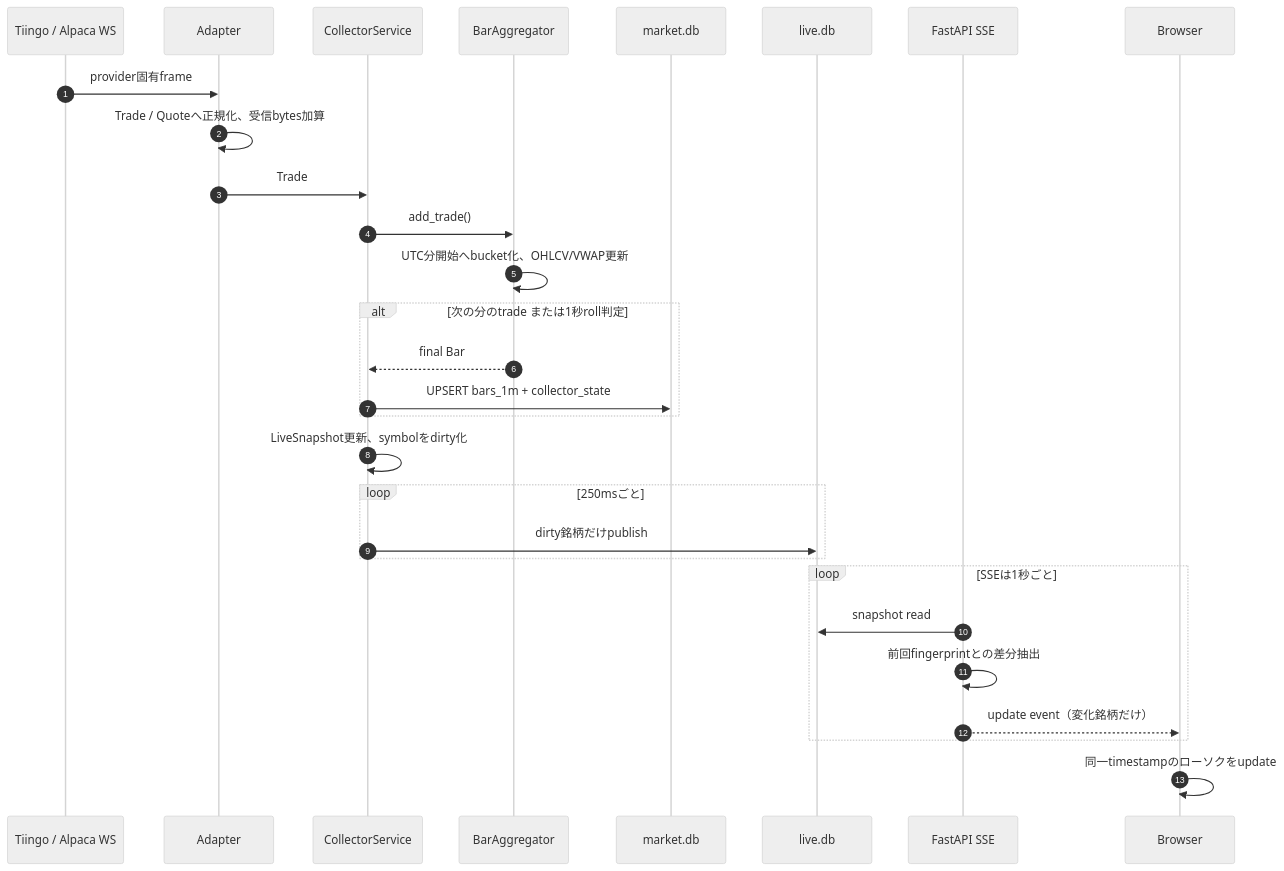
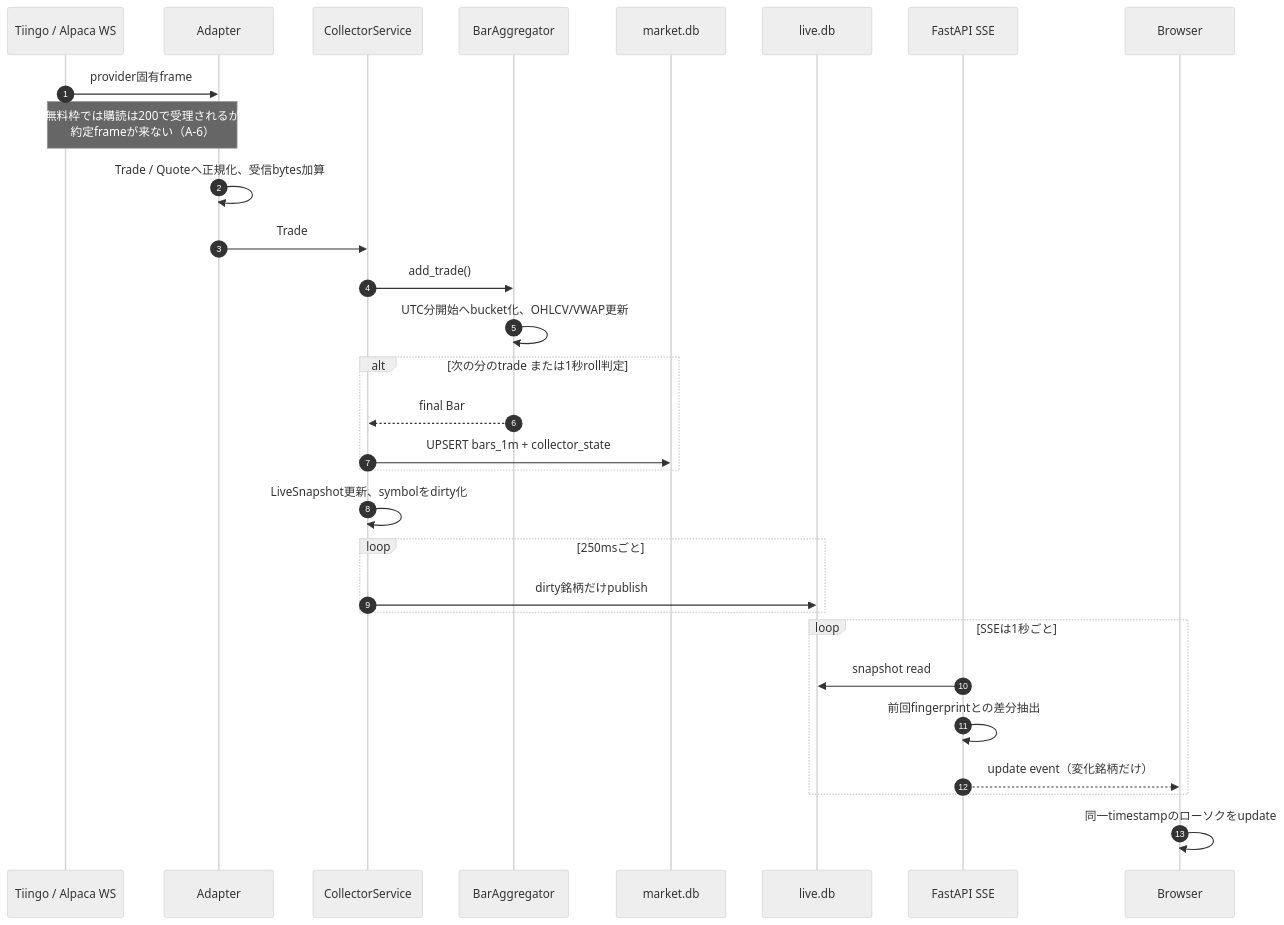
Before and after one commit to makechair/spelling-inconsistencies: the eighth of 13 diagrams in docs/system-architecture.md, drawn with Mermaid (neutral theme). The commit also changed other lines of this file and 1 other file, not shown here.

````diff
--- a/docs/system-architecture.md
+++ b/docs/system-architecture.md
@@ -272,32 +458,33 @@
 ```mermaid
 sequenceDiagram
     autonumber
     participant P as Tiingo / Alpaca WS
     participant AD as Adapter
     participant CO as CollectorService
     participant BA as BarAggregator
     participant DB as market.db
     participant LIVE as live.db
     participant API as FastAPI SSE
     participant UI as Browser
 
     P->>AD: provider固有frame
+    Note over P,AD: 無料枠では購読は200で受理されるが<br/>約定frameが来ない（A-6）
     AD->>AD: Trade / Quoteへ正規化、受信bytes加算
     AD->>CO: Trade
     CO->>BA: add_trade()
     BA->>BA: UTC分開始へbucket化、OHLCV/VWAP更新
     alt 次の分のtrade または1秒roll判定
         BA-->>CO: final Bar
         CO->>DB: UPSERT bars_1m + collector_state
     end
     CO->>CO: LiveSnapshot更新、symbolをdirty化
     loop 250msごと
         CO->>LIVE: dirty銘柄だけpublish
     end
     loop SSEは1秒ごと
         API->>LIVE: snapshot read
         API->>API: 前回fingerprintとの差分抽出
         API-->>UI: update event（変化銘柄だけ）
     end
     UI->>UI: 同一timestampのローソクをupdate
 ```
````
